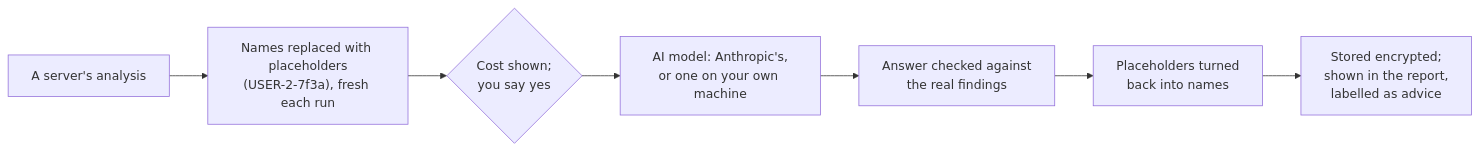
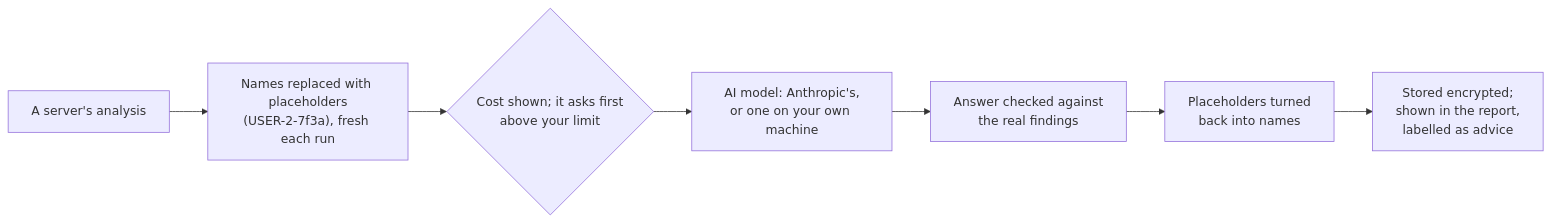
One commit to john-c-houser-tech/compromise-checker changed the third of 3 diagrams in README.md. Above: the diagram before and after it, drawn with Mermaid. The commit also changed other lines of this file and 1 other file, not shown here.

````diff
--- a/README.md
+++ b/README.md
@@ -114,9 +120,9 @@
 ```mermaid
 flowchart LR
     A["A server's analysis"] --> B["Names replaced with placeholders<br>(USER-2-7f3a), fresh each run"]
-    B --> C{"Cost shown;<br>you say yes"}
+    B --> C{"Cost shown; it asks first<br>above your limit"}
     C --> D["AI model: Anthropic's,<br>or one on your own machine"]
     D --> E["Answer checked against<br>the real findings"]
     E --> F["Placeholders turned<br>back into names"]
     F --> G["Stored encrypted;<br>shown in the report,<br>labelled as advice"]
 ```
````
